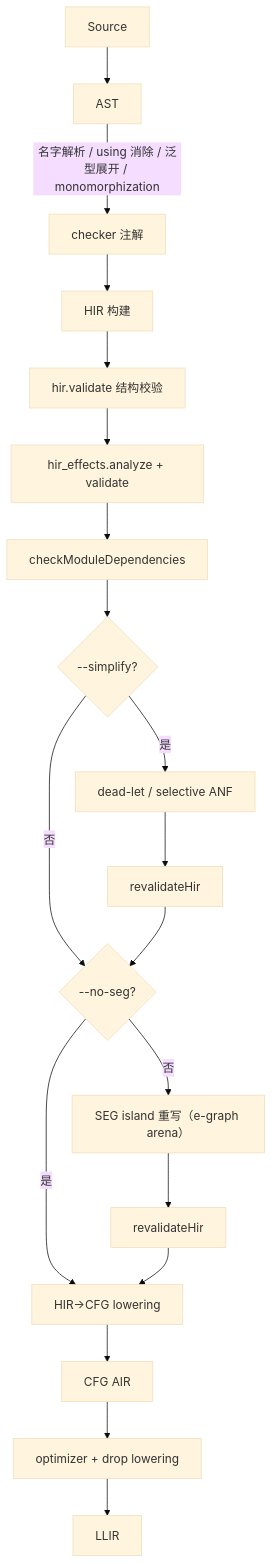
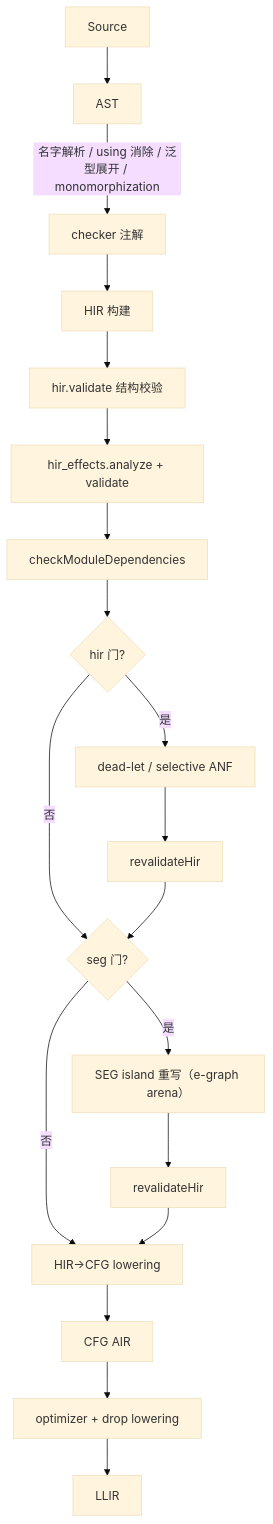
One commit to zoltrazig/stilla changed the first of 2 diagrams in docs/hir.md. Above: the diagram before and after it, drawn with Mermaid (base theme). The commit also changed other lines of this file and 30 other files, not shown here.

````diff
--- a/docs/hir.md
+++ b/docs/hir.md
@@ -74,19 +74,19 @@
 ```mermaid
 flowchart TD
     S[Source] --> AST[AST]
     AST -->|名字解析 / using 消除 / 泛型展开 / monomorphization| CHK[checker 注解]
     CHK --> BUILD[HIR 构建]
     BUILD --> V1[hir.validate 结构校验]
     V1 --> EFF[hir_effects.analyze + validate]
     EFF --> MC[checkModuleDependencies]
-    MC --> SIMPQ{--simplify?}
+    MC --> SIMPQ{hir 门?}
     SIMPQ -->|是| ANF[dead-let / selective ANF] --> RV1[revalidateHir]
-    SIMPQ -->|否| SEGQ{--no-seg?}
+    SIMPQ -->|否| SEGQ{seg 门?}
     RV1 --> SEGQ
-    SEGQ -->|否| SEG[SEG island 重写（e-graph arena）] --> RV2[revalidateHir]
-    SEGQ -->|是| LOWER[HIR→CFG lowering]
+    SEGQ -->|是| SEG[SEG island 重写（e-graph arena）] --> RV2[revalidateHir]
+    SEGQ -->|否| LOWER[HIR→CFG lowering]
     RV2 --> LOWER
     LOWER --> AIRC[CFG AIR]
     AIRC --> OPT[optimizer + drop lowering]
     OPT --> LLIR[LLIR]
 ```
````
